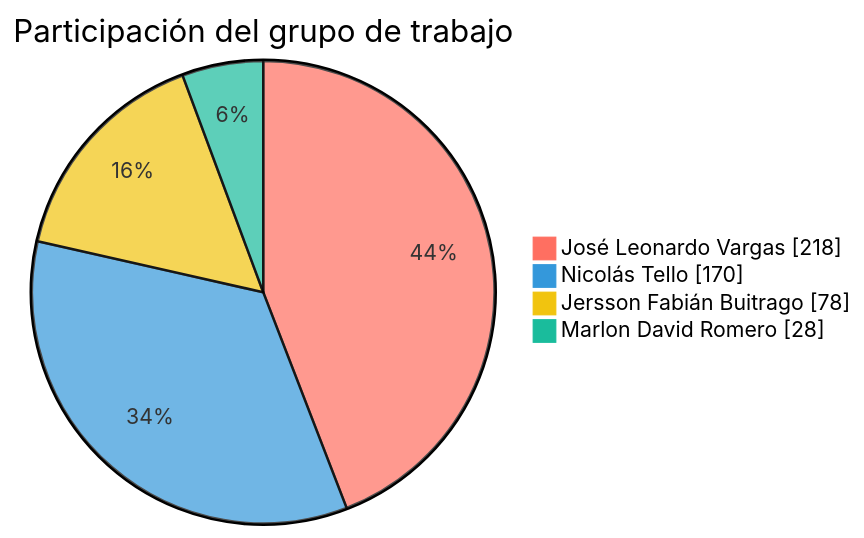
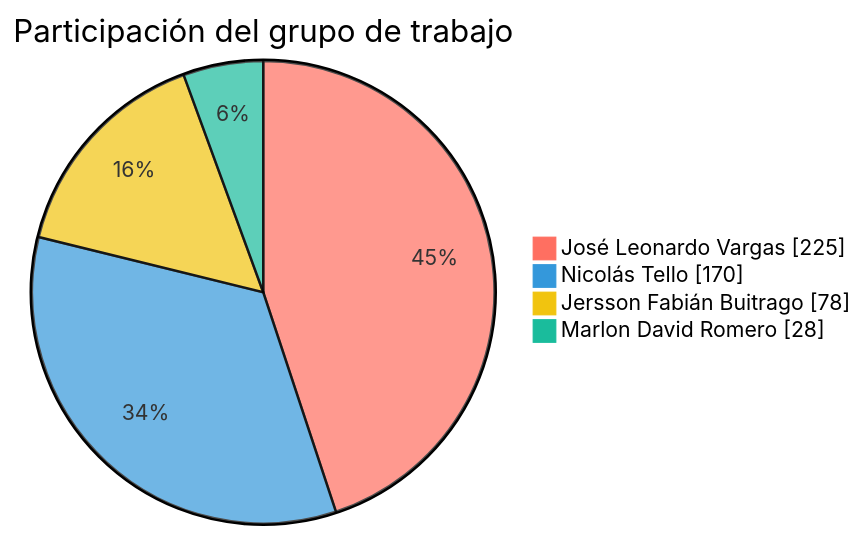
Before and after one commit to FarmaExpres/FarmaExpres: the first of 2 diagrams in README.md, drawn with Mermaid. The commit also changed other lines of this file and 1 other file, not shown here.

````diff
--- a/README.md
+++ b/README.md
@@ -389,9 +389,9 @@
 ```mermaid
 %%{init: {"themeVariables": {"pie1": "#ff6f61", "pie2": "#3498db", "pie3": "#f1c40f", "pie4": "#1abc9c", "pieLabelColor": "#000000", "pieLabelFontSize": "24px", "pieLabelFontWeight": "700"}}}%%
 pie showData
     title Participación del grupo de trabajo
-    "José Leonardo Vargas" : 218
+    "José Leonardo Vargas" : 225
     "Nicolás Tello" : 170
     "Jersson Fabián Buitrago" : 78
     "Marlon David Romero" : 28
 ```
````
